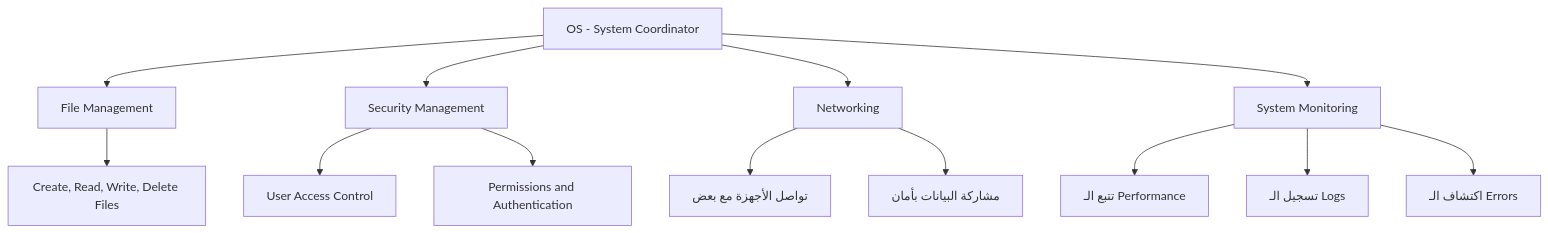
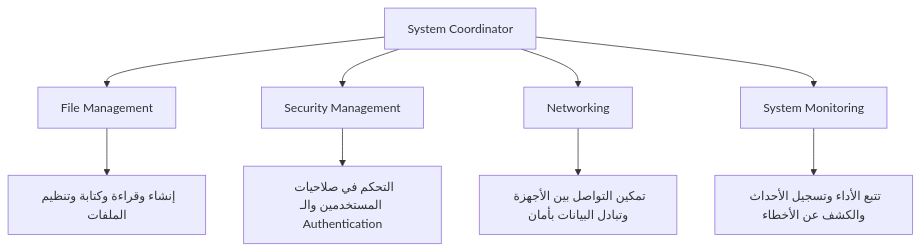
The third of 14 diagrams in Operating Systems & Networking Fundamentals.md (ammaryasser28/Introduction-To-Cyber-Security), drawn with Mermaid before and after one commit. The commit also changed other lines of this file, not shown here.

Commit message:
Update Operating Systems & Networking Fundamentals.md

````diff
--- a/Operating Systems & Networking Fundamentals.md
+++ b/Operating Systems & Networking Fundamentals.md
@@ -118,17 +104,13 @@
 ```mermaid
 graph TD
-    OS[OS - System Coordinator]
-    OS --> FM[File Management]
-    OS --> SM[Security Management]
-    OS --> NET[Networking]
-    OS --> MON[System Monitoring]
+    SC["System Coordinator"]
+    SC --> FM["File Management"]
+    SC --> SM["Security Management"]
+    SC --> NET["Networking"]
+    SC --> MON["System Monitoring"]
 
-    FM --> FM1[Create, Read, Write, Delete Files]
-    SM --> SM1[User Access Control]
-    SM --> SM2[Permissions and Authentication]
-    NET --> NET1[تواصل الأجهزة مع بعض]
-    NET --> NET2[مشاركة البيانات بأمان]
-    MON --> MON1[تتبع الـ Performance]
-    MON --> MON2[تسجيل الـ Logs]
-    MON --> MON3[اكتشاف الـ Errors]
+    FM --> FM1["إنشاء وقراءة وكتابة وتنظيم الملفات"]
+    SM --> SM1["التحكم في صلاحيات المستخدمين والـ Authentication"]
+    NET --> NET1["تمكين التواصل بين الأجهزة وتبادل البيانات بأمان"]
+    MON --> MON1["تتبع الأداء وتسجيل الأحداث والكشف عن الأخطاء"]
 ```
````
